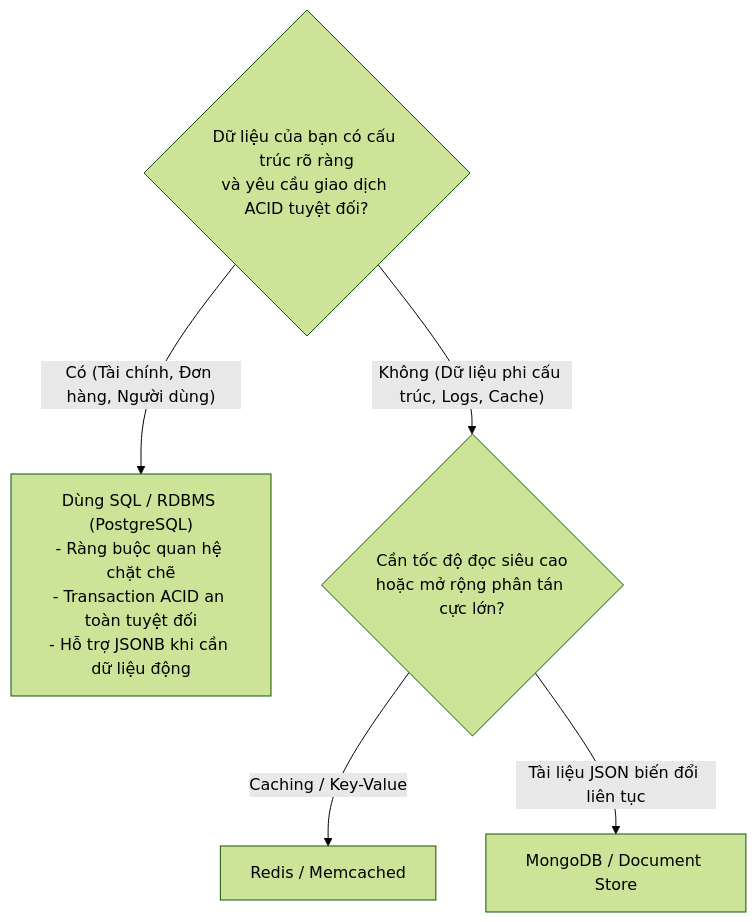
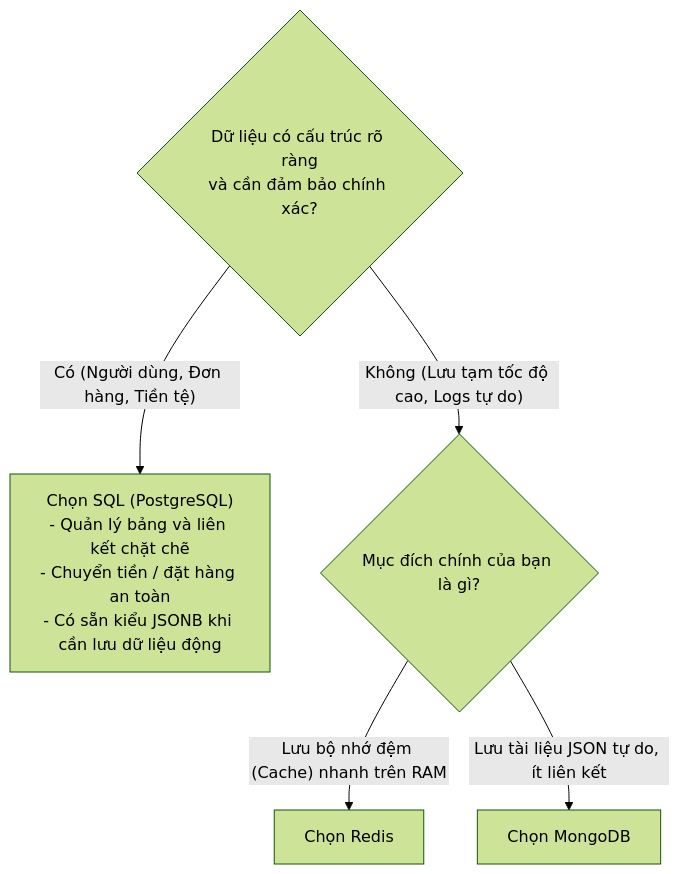
The second of 10 diagrams in database/Database.md (ThanhPhongvipvip/Tutorial), drawn with Mermaid (forest theme) before and after one commit. The commit also changed other lines of this file and 2 other files, not shown here.

````diff
--- a/database/Database.md
+++ b/database/Database.md
@@ -89,8 +99,8 @@
 ```mermaid
 flowchart TD
-    Start{"Dữ liệu của bạn có cấu trúc rõ ràng\nvà yêu cầu giao dịch ACID tuyệt đối?"}
-    Start -- "Có (Tài chính, Đơn hàng, Người dùng)" --> SQL["Dùng SQL / RDBMS (PostgreSQL)\n- Ràng buộc quan hệ chặt chẽ\n- Transaction ACID an toàn tuyệt đối\n- Hỗ trợ JSONB khi cần dữ liệu động"]
-    Start -- "Không (Dữ liệu phi cấu trúc, Logs, Cache)" --> CheckCache{"Cần tốc độ đọc siêu cao\nhoặc mở rộng phân tán cực lớn?"}
-    CheckCache -- "Caching / Key-Value" --> Redis["Redis / Memcached"]
-    CheckCache -- "Tài liệu JSON biến đổi liên tục" --> Mongo["MongoDB / Document Store"]
+    Start{"Dữ liệu có cấu trúc rõ ràng\nvà cần đảm bảo chính xác?"}
+    Start -- "Có (Người dùng, Đơn hàng, Tiền tệ)" --> SQL["Chọn SQL (PostgreSQL)\n- Quản lý bảng và liên kết chặt chẽ\n- Chuyển tiền / đặt hàng an toàn\n- Có sẵn kiểu JSONB khi cần lưu dữ liệu động"]
+    Start -- "Không (Lưu tạm tốc độ cao, Logs tự do)" --> CheckCache{"Mục đích chính của bạn là gì?"}
+    CheckCache -- "Lưu bộ nhớ đệm (Cache) nhanh trên RAM" --> Redis["Chọn Redis"]
+    CheckCache -- "Lưu tài liệu JSON tự do, ít liên kết" --> Mongo["Chọn MongoDB"]
 ```
````
